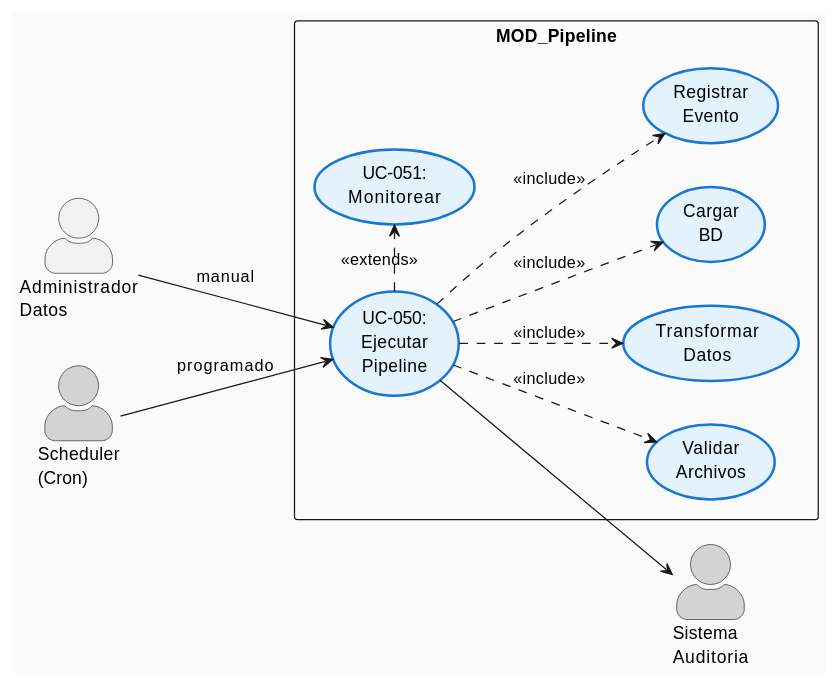
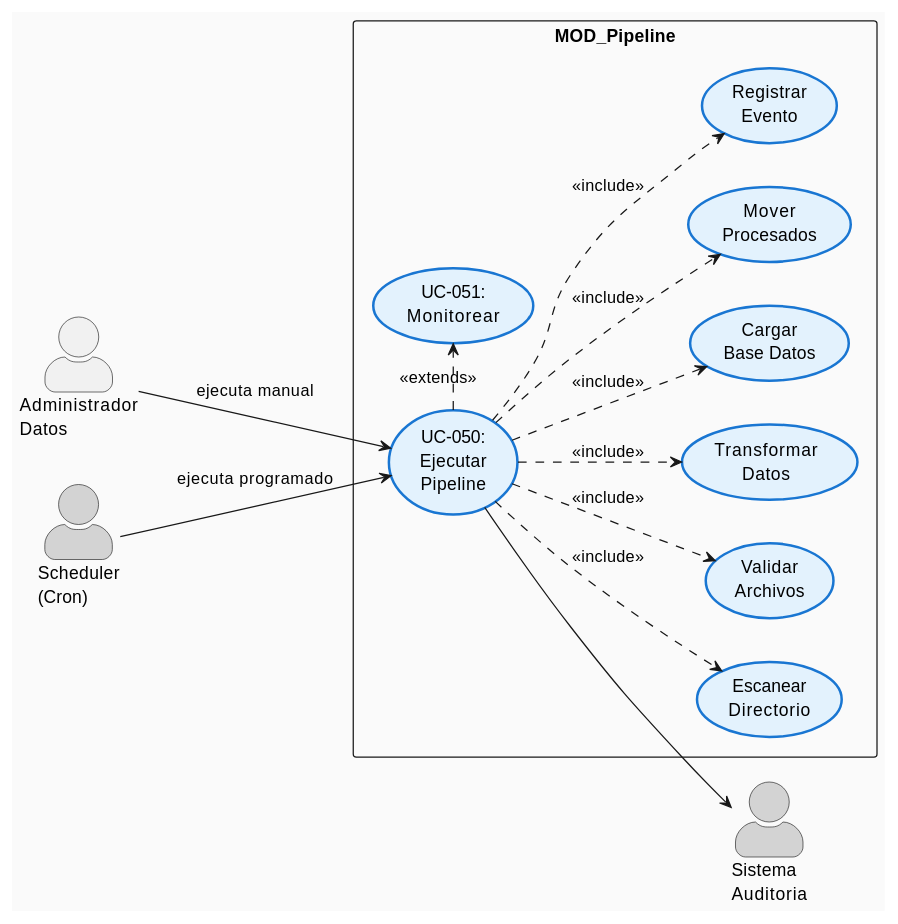
One commit to jcg-admin/IACT-docs changed the first of 3 diagrams in source/requisitos/casos_uso/pipeline/UC_050_Ejecutar_Pipeline.rst. Above: the diagram before and after it, drawn with PlantUML. The commit also changed other lines of this file and 4 other files, not shown here.

```diff
--- a/source/requisitos/casos_uso/pipeline/UC_050_Ejecutar_Pipeline.rst
+++ b/source/requisitos/casos_uso/pipeline/UC_050_Ejecutar_Pipeline.rst
@@ -63,37 +65,41 @@
 .. uml::
    :caption: Diagrama de Caso de Uso - UC-050 Ejecutar Pipeline
    :align: center
    :scale: 90%
 
    @startuml
    left to right direction
    skinparam actorStyle awesome
    skinparam backgroundColor #FAFAFA
    skinparam usecase {
        BackgroundColor #E3F2FD
        BorderColor #1976D2
        BorderThickness 2
    }
 
    actor "Administrador\nDatos" as ADM
    actor "Scheduler\n(Cron)" as SCH #LightGray
    actor "Sistema\nAuditoria" as SA #LightGray
 
    rectangle "MOD_Pipeline" {
        usecase "UC-050:\nEjecutar\nPipeline" as UC050
+       usecase "Escanear\nDirectorio" as ED
        usecase "Validar\nArchivos" as VA
        usecase "Transformar\nDatos" as TD
-       usecase "Cargar\nBD" as CBD
+       usecase "Cargar\nBase Datos" as CBD
+       usecase "Mover\nProcesados" as MP
        usecase "Registrar\nEvento" as RE
        usecase "UC-051:\nMonitorear" as UC051
    }
 
-   ADM --> UC050 : manual
-   SCH --> UC050 : programado
+   ADM --> UC050 : ejecuta manual
+   SCH --> UC050 : ejecuta programado
+   UC050 ..> ED : <<include>>
    UC050 ..> VA : <<include>>
    UC050 ..> TD : <<include>>
    UC050 ..> CBD : <<include>>
+   UC050 ..> MP : <<include>>
    UC050 ..> RE : <<include>>
    UC050 .> UC051 : <<extends>>
    UC050 --> SA
    @enduml
```
